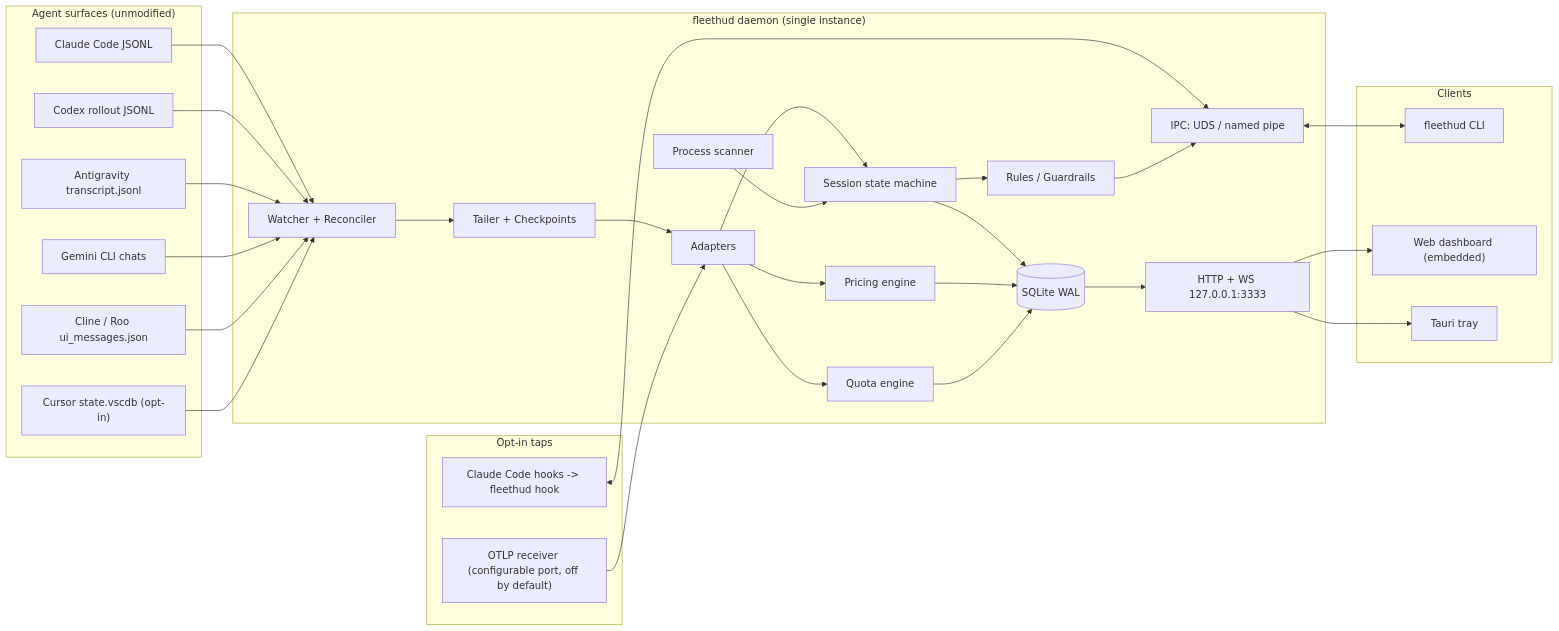
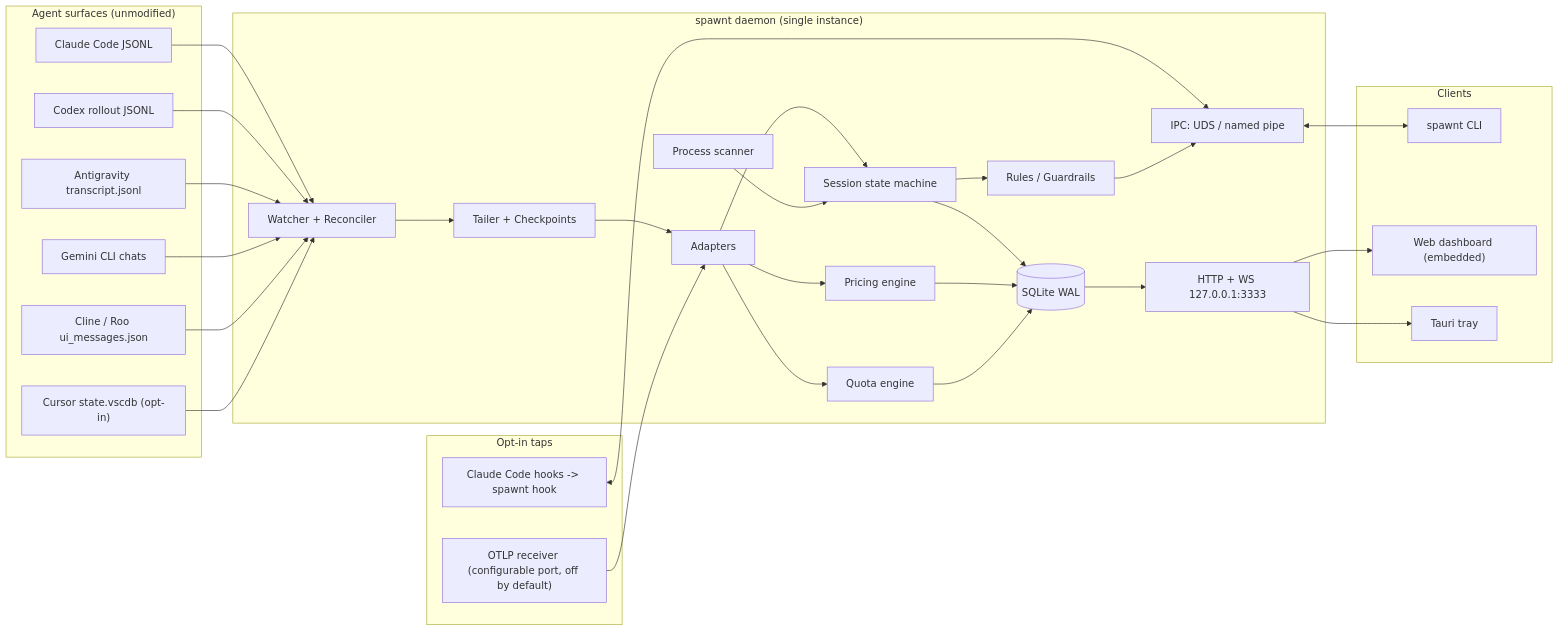
One commit to mwahaj36/gnomcode changed the first of 4 diagrams in docs/SPEC.md. Above: the diagram before and after it, drawn with Mermaid. The commit also changed other lines of this file and 170 other files, not shown here.

````diff
--- a/docs/SPEC.md
+++ b/docs/SPEC.md
@@ -134,42 +151,42 @@
 ```mermaid
 flowchart LR
     subgraph Agents["Agent surfaces (unmodified)"]
         CC["Claude Code JSONL"]
         CX["Codex rollout JSONL"]
         AG["Antigravity transcript.jsonl"]
         GC["Gemini CLI chats"]
         CL["Cline / Roo ui_messages.json"]
         CU["Cursor state.vscdb (opt-in)"]
     end
     subgraph OptIn["Opt-in taps"]
-        HK["Claude Code hooks -> fleethud hook"]
+        HK["Claude Code hooks -> spawnt hook"]
         OT["OTLP receiver (configurable port, off by default)"]
     end
-    subgraph Daemon["fleethud daemon (single instance)"]
+    subgraph Daemon["spawnt daemon (single instance)"]
         W["Watcher + Reconciler"]
         T["Tailer + Checkpoints"]
         A["Adapters"]
         S["Session state machine"]
         P["Pricing engine"]
         Q["Quota engine"]
         R["Rules / Guardrails"]
         PS["Process scanner"]
         DB[("SQLite WAL")]
         API["HTTP + WS 127.0.0.1:3333"]
         IPC["IPC: UDS / named pipe"]
     end
     subgraph Clients
-        CLI["fleethud CLI"]
+        CLI["spawnt CLI"]
         WEB["Web dashboard (embedded)"]
         TRAY["Tauri tray"]
     end
     CC & CX & AG & GC & CL & CU --> W --> T --> A
     OT --> A
     HK <--> IPC
     A --> S & P & Q
     PS --> S
     S & P & Q --> DB
     S --> R --> IPC
     DB --> API --> WEB & TRAY
     IPC <--> CLI
 ```
````
